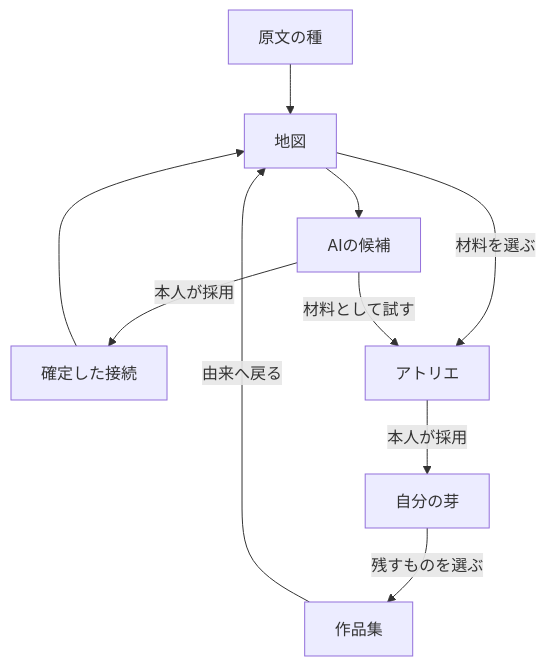
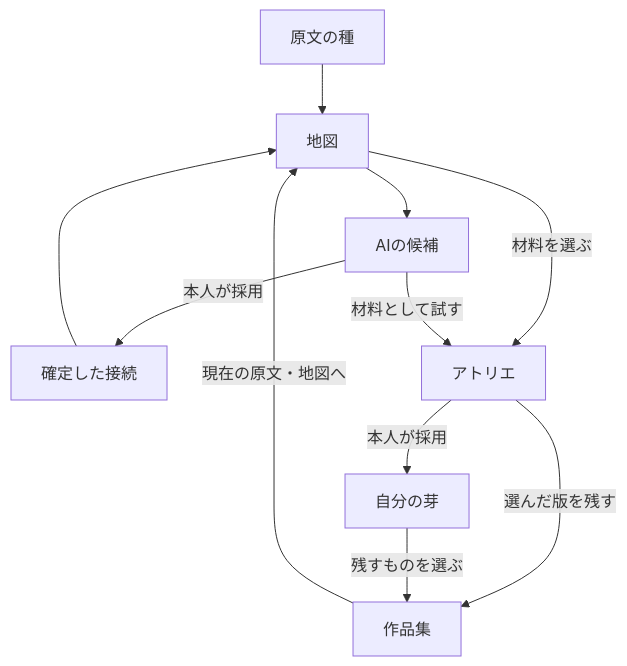
Before and after one commit to sunpotflower4460-cpu/zansin-memo: the diagram in docs/plus-experience-design.md, drawn with Mermaid. The commit also changed other lines of this file and 11 other files, not shown here.

````diff
--- a/docs/plus-experience-design.md
+++ b/docs/plus-experience-design.md
@@ -64,12 +64,13 @@
 ```mermaid
 flowchart TD
   S["原文の種"] --> M["地図"]
   M --> P["AIの候補"]
   P -->|本人が採用| L["確定した接続"]
   L --> M
   M -->|材料を選ぶ| A["アトリエ"]
   P -->|材料として試す| A
   A -->|本人が採用| B["自分の芽"]
-  B -->|残すものを選ぶ| C["作品集"]
-  C -->|由来へ戻る| M
+  A -->|選んだ版を残す| C["作品集"]
+  B -->|残すものを選ぶ| C
+  C -->|現在の原文・地図へ| M
 ```
````
